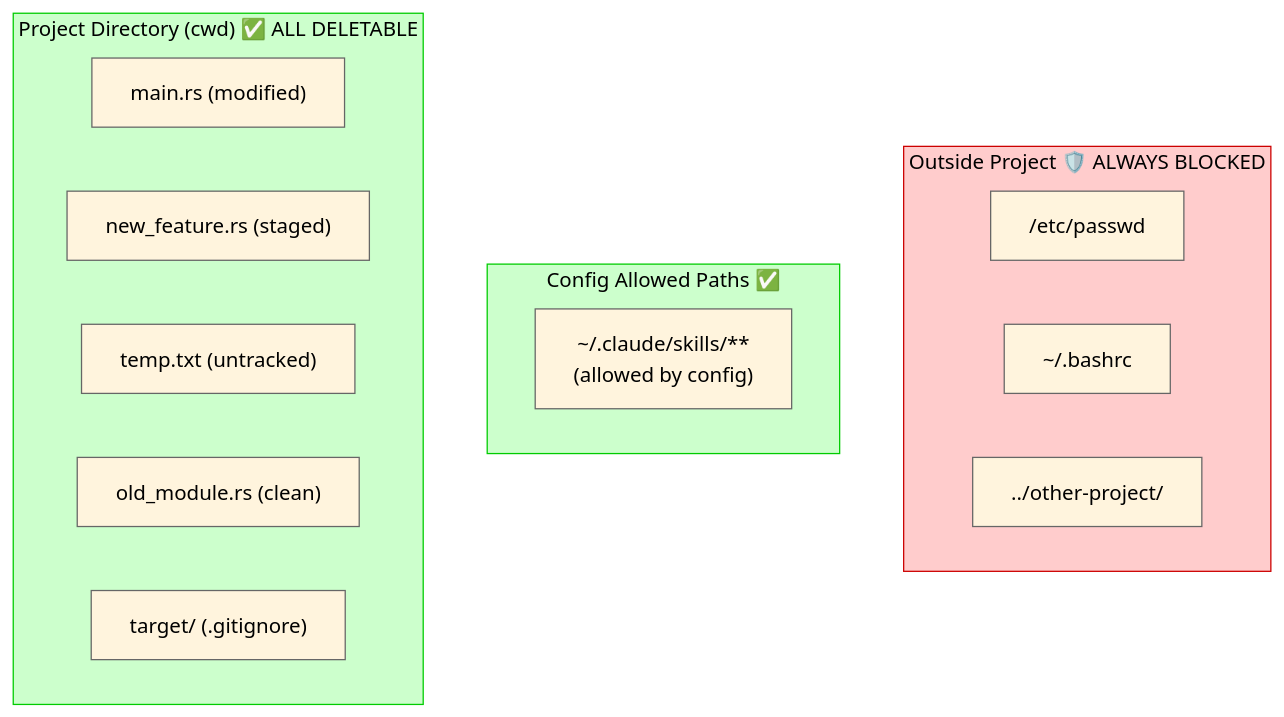
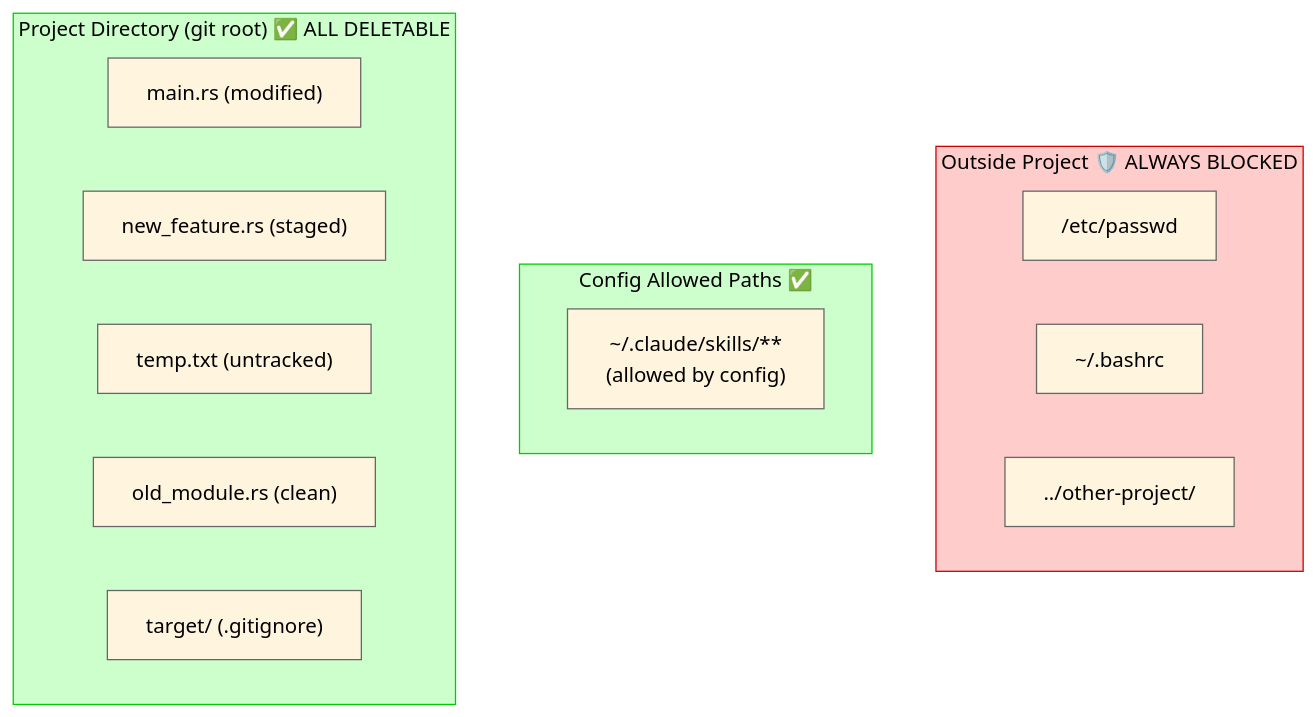
The second of 3 diagrams in README.md (owayo/safe-rm), drawn with Mermaid before and after one commit. The commit also changed other lines of this file and 9 other files, not shown here.

````diff
--- a/README.md
+++ b/README.md
@@ -185,25 +185,25 @@
 ```mermaid
 %%{init: {'theme': 'base', 'themeVariables': { 'lineColor': '#666666', 'primaryTextColor': '#000000', 'primaryBorderColor': '#666666' }}}%%
 flowchart TB
     subgraph outside["Outside Project 🛡️ ALWAYS BLOCKED"]
         etc["/etc/passwd"]
         home["~/.bashrc"]
         other["../other-project/"]
     end
 
     subgraph allowed["Config Allowed Paths ✅"]
         skills["~/.claude/skills/**<br/>(allowed by config)"]
     end
 
-    subgraph project["Project Directory (cwd) ✅ ALL DELETABLE"]
+    subgraph project["Project Directory (git root) ✅ ALL DELETABLE"]
         modified["main.rs (modified)"]
         staged["new_feature.rs (staged)"]
         untracked["temp.txt (untracked)"]
         clean["old_module.rs (clean)"]
         ignored["target/ (.gitignore)"]
     end
 
     style outside fill:#ffcccc,stroke:#cc0000,color:#000000
     style allowed fill:#ccffcc,stroke:#00cc00,color:#000000
     style project fill:#ccffcc,stroke:#00cc00,color:#000000
 ```
````
